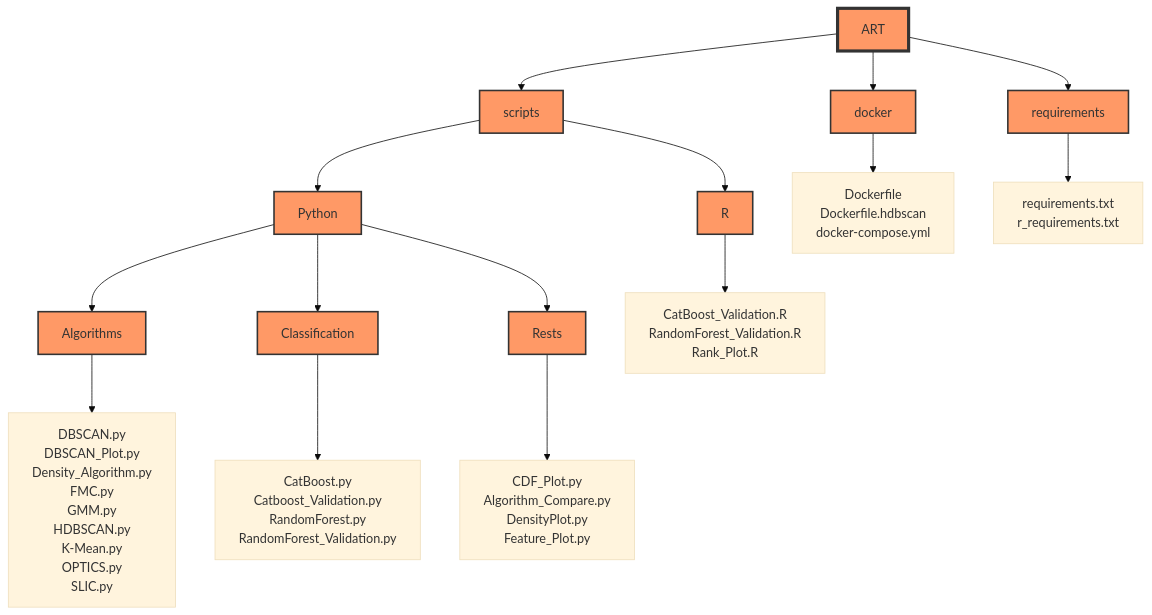
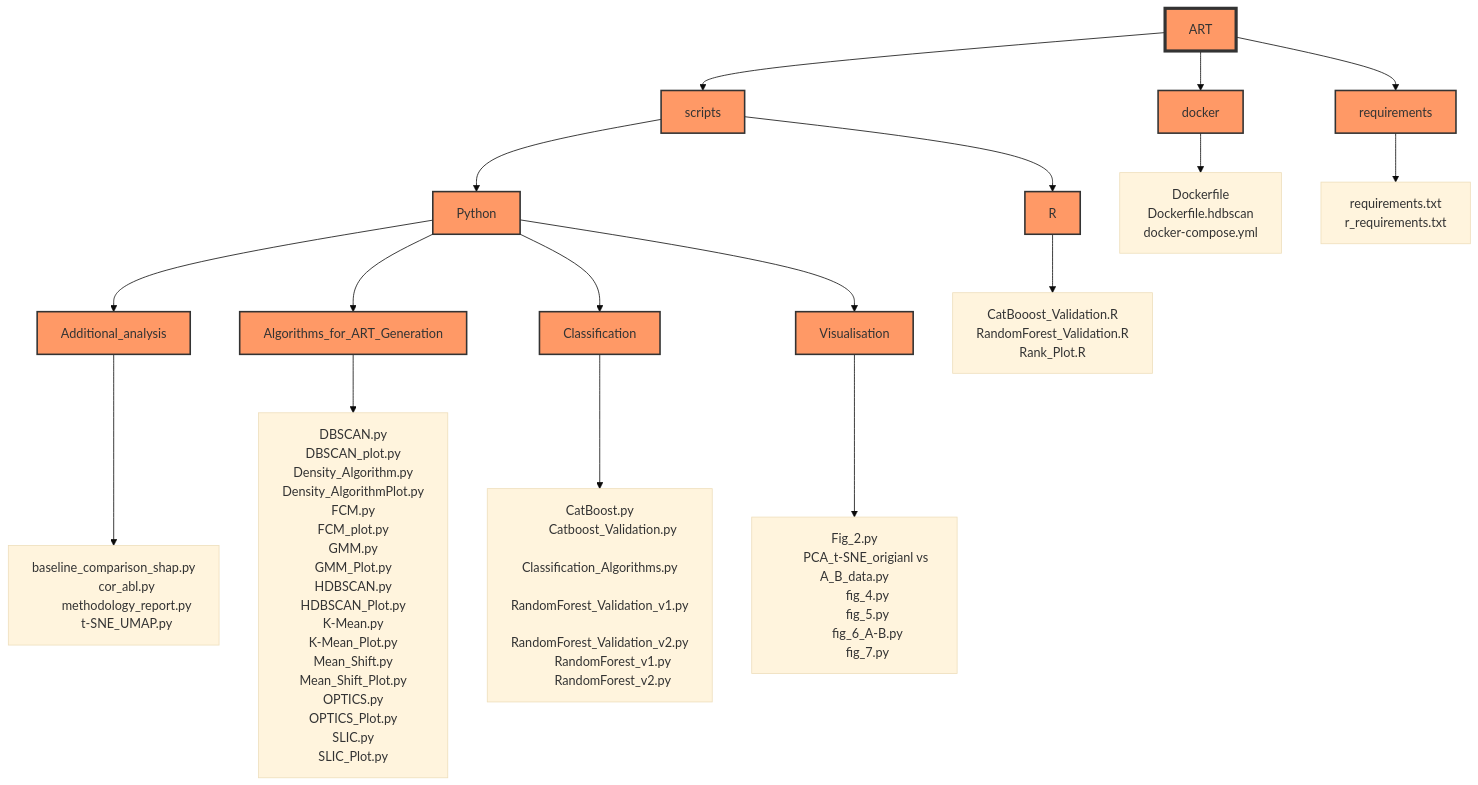
The diagram in README.md (shoaibms/ART), drawn with Mermaid (base theme) before and after one commit.

````diff
--- a/README.md
+++ b/README.md
@@ -26,60 +26,80 @@
 ```mermaid
 flowchart TD;
     root[ART] --> scripts
     root --> docker
     root --> requirements
-
     scripts --> python[Python]
     scripts --> r[R]
-
-    python --> algorithms[Algorithms]
+    python --> additional[Additional_analysis]
+    python --> algorithms[Algorithms_for_ART_Generation]
     python --> classification[Classification]
-    python --> rests[Rests]
-
-    algorithms --> algos[
+    python --> visualisation[Visualisation]
+    
+    additional --> addFiles[
+        baseline_comparison_shap.py
+        cor_abl.py
+        methodology_report.py
+        t-SNE_UMAP.py]
+    
+    algorithms --> algoFiles[
         DBSCAN.py
-        DBSCAN_Plot.py
+        DBSCAN_plot.py
         Density_Algorithm.py
-        FMC.py
+        Density_AlgorithmPlot.py
+        FCM.py
+        FCM_plot.py
         GMM.py
+        GMM_Plot.py
         HDBSCAN.py
+        HDBSCAN_Plot.py
         K-Mean.py
+        K-Mean_Plot.py
+        Mean_Shift.py
+        Mean_Shift_Plot.py
         OPTICS.py
-        SLIC.py]
-
+        OPTICS_Plot.py
+        SLIC.py
+        SLIC_Plot.py]
+    
     classification --> classFiles[
         CatBoost.py
         Catboost_Validation.py
-        RandomForest.py
-        RandomForest_Validation.py]
-
-    rests --> restFiles[
-        CDF_Plot.py
-        Algorithm_Compare.py
-        DensityPlot.py
-        Feature_Plot.py]
-
+        Classification_Algorithms.py
+        RandomForest_Validation_v1.py
+        RandomForest_Validation_v2.py
+        RandomForest_v1.py
+        RandomForest_v2.py]
+    
+    visualisation --> visFiles[
+        Fig_2.py
+        PCA_t-SNE_origianl vs A_B_data.py
+        fig_4.py
+        fig_5.py
+        fig_6_A-B.py
+        fig_7.py]
+    
     r --> rFiles[
-        CatBoost_Validation.R
+        CatBooost_Validation.R
         RandomForest_Validation.R
         Rank_Plot.R]
-
+    
     docker --> dockerFiles[
         Dockerfile
         Dockerfile.hdbscan
         docker-compose.yml]
-
+    
     requirements --> reqFiles[
         requirements.txt
         r_requirements.txt]
 
 style root fill:#f96,stroke:#333,stroke-width:4px
 style scripts fill:#f96,stroke:#333,stroke-width:2px
 style python fill:#f96,stroke:#333,stroke-width:2px
 style r fill:#f96,stroke:#333,stroke-width:2px
 style docker fill:#f96,stroke:#333,stroke-width:2px
 style requirements fill:#f96,stroke:#333,stroke-width:2px
+style additional fill:#f96,stroke:#333,stroke-width:2px
 style algorithms fill:#f96,stroke:#333,stroke-width:2px
 style classification fill:#f96,stroke:#333,stroke-width:2px
-style rests fill:#f96,stroke:#333,stroke-width:2px
+style visualisation fill:#f96,stroke:#333,stroke-width:2px
 ```
````
